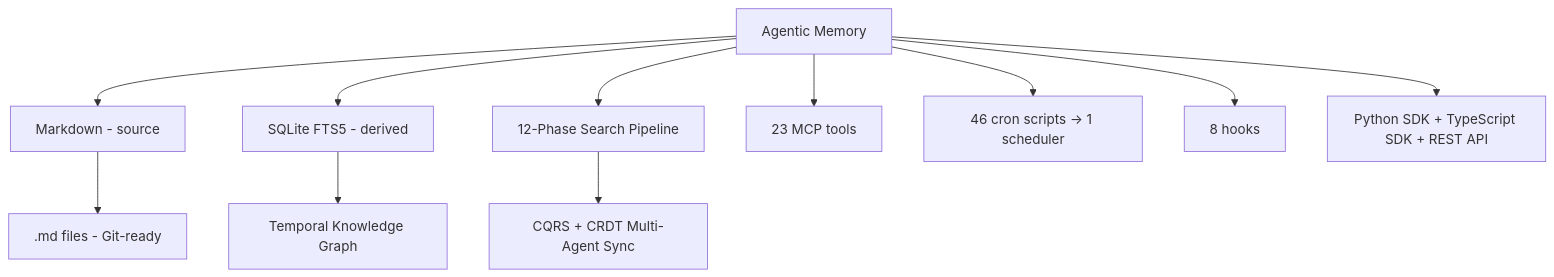
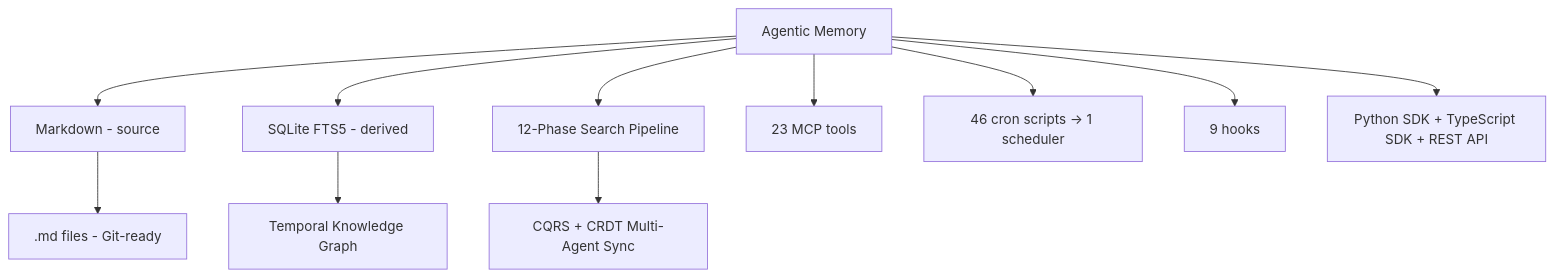
Before and after one commit to ArkaAiAdmin/Agentic-Memory: the diagram in README.md, drawn with Mermaid. The commit also changed other lines of this file and 11 other files, not shown here.

````diff
--- a/README.md
+++ b/README.md
@@ -23,13 +23,13 @@
 ```mermaid
 graph TD
     A[Agentic Memory] --> B[Markdown - source]
     A --> C[SQLite FTS5 - derived]
     A --> D[12-Phase Search Pipeline]
     B --> E[.md files - Git-ready]
     C --> F[Temporal Knowledge Graph]
     D --> G[CQRS + CRDT Multi-Agent Sync]
     A --> H[23 MCP tools]
     A --> I[46 cron scripts -> 1 scheduler]
-    A --> J[8 hooks]
+    A --> J[9 hooks]
     A --> K[Python SDK + TypeScript SDK + REST API]
 ```
````
